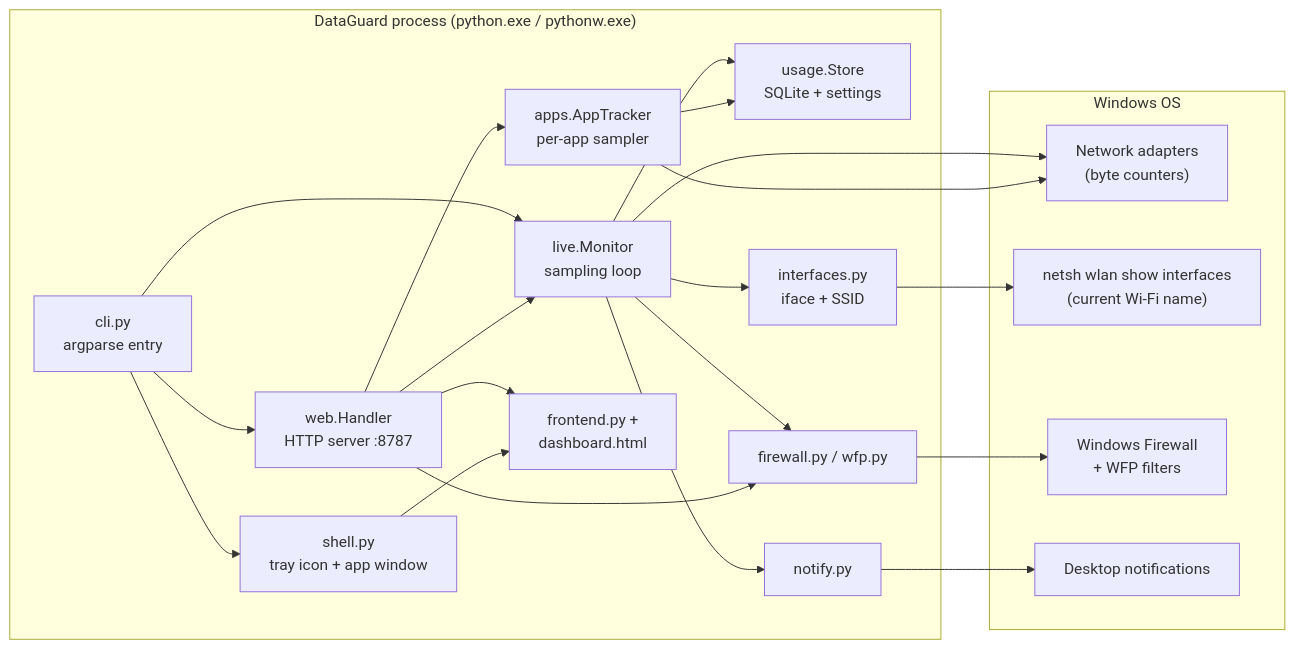
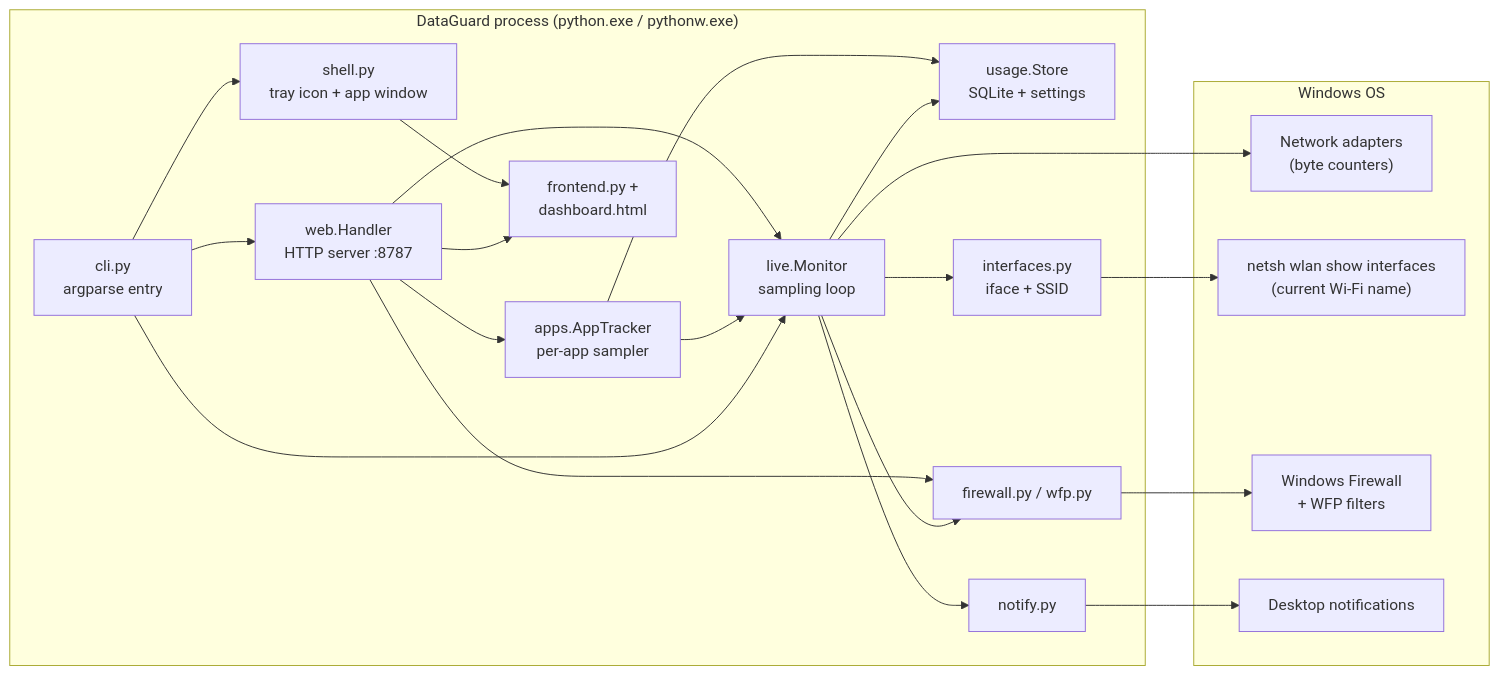
The first of 7 diagrams in README.md (yassine808/network-tracker), drawn with Mermaid before and after one commit. The commit also changed other lines of this file and 8 other files, not shown here.

````diff
--- a/README.md
+++ b/README.md
@@ -275,38 +282,38 @@
 ```mermaid
 flowchart LR
     subgraph OS["Windows OS"]
         NIC["Network adapters<br/>(byte counters)"]
         SSIDQ["netsh wlan show interfaces<br/>(current Wi-Fi name)"]
         FW["Windows Firewall<br/>+ WFP filters"]
         TOAST["Desktop notifications"]
     end
 
     subgraph DG["DataGuard process (python.exe / pythonw.exe)"]
         CLI["cli.py<br/>argparse entry"]
         MON["live.Monitor<br/>sampling loop"]
         TRK["apps.AppTracker<br/>per-app sampler"]
         ST["usage.Store<br/>SQLite + settings"]
         WEB["web.Handler<br/>HTTP server :8787"]
         PAGE["frontend.py +<br/>dashboard.html"]
         SH["shell.py<br/>tray icon + app window"]
         FWL["firewall.py / wfp.py"]
         IF["interfaces.py<br/>iface + SSID"]
         NT["notify.py"]
     end
 
     CLI --> MON
     CLI --> WEB
     CLI --> SH
     MON --> NIC
     MON --> IF --> SSIDQ
     MON --> ST
     MON --> FWL --> FW
     MON --> NT --> TOAST
-    TRK --> NIC
+    TRK --> MON
     TRK --> ST
     WEB --> PAGE
     WEB --> MON
     WEB --> TRK
     WEB --> FWL
     SH --> PAGE
 ```
````
